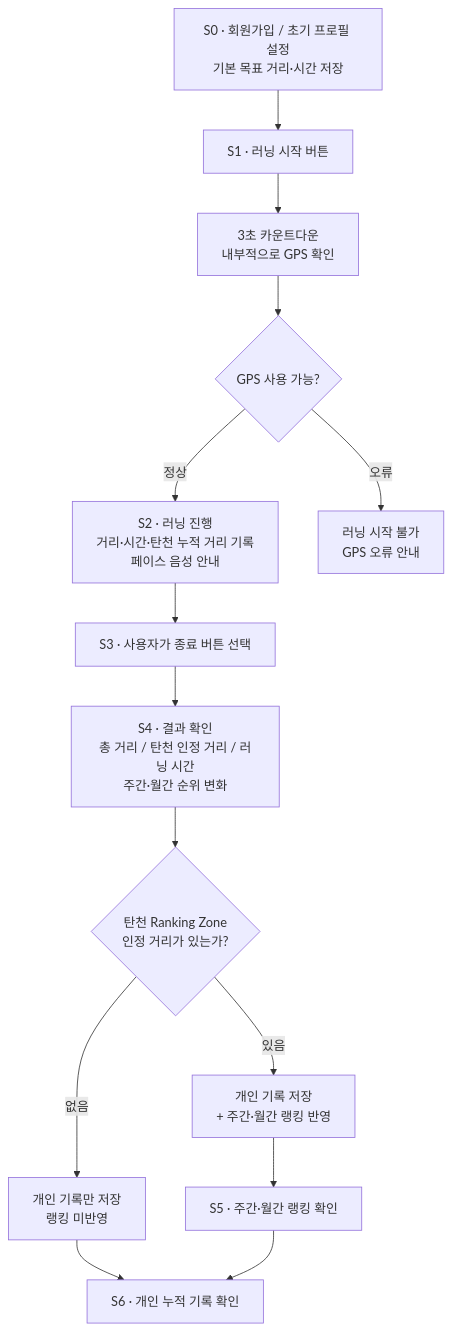
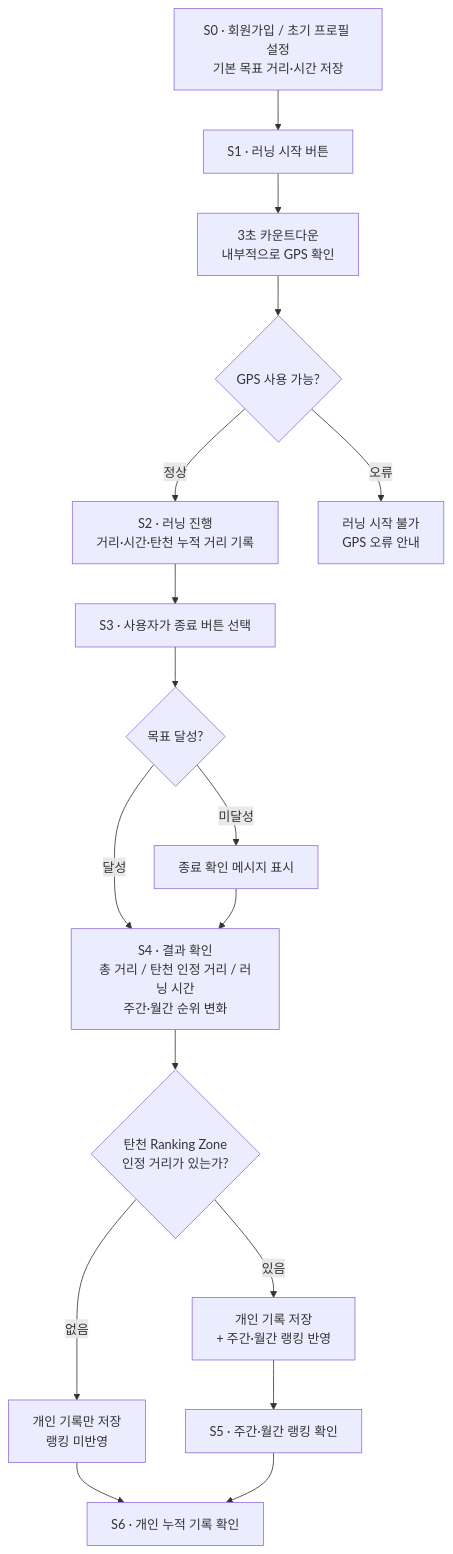
One commit to NextComm1T/project_planning_2 changed the diagram in docs/02-workflow.md. Above: the diagram before and after it, drawn with Mermaid. The commit also changed other lines of this file and 4 other files, not shown here.

````diff
--- a/docs/02-workflow.md
+++ b/docs/02-workflow.md
@@ -34,26 +37,28 @@
 ```mermaid
 flowchart TD
     S0["S0 · 회원가입 / 초기 프로필 설정<br/>기본 목표 거리·시간 저장"]
     --> S1["S1 · 러닝 시작 버튼"]
 
     S1 --> C["3초 카운트다운<br/>내부적으로 GPS 확인"]
 
     C --> G{"GPS 사용 가능?"}
 
-    G -->|정상| S2["S2 · 러닝 진행<br/>거리·시간·탄천 누적 거리 기록<br/>페이스 음성 안내"]
+    G -->|정상| S2["S2 · 러닝 진행<br/>거리·시간·탄천 누적 거리 기록"]
     G -->|오류| E["러닝 시작 불가<br/>GPS 오류 안내"]
 
     S2 --> S3["S3 · 사용자가 종료 버튼 선택"]
 
-    S3 --> S4["S4 · 결과 확인<br/>총 거리 / 탄천 인정 거리 / 러닝 시간<br/>주간·월간 순위 변화"]
+    S3 --> GOAL{"목표 달성?"}
+    GOAL -->|달성| S4["S4 · 결과 확인<br/>총 거리 / 탄천 인정 거리 / 러닝 시간<br/>주간·월간 순위 변화"]
+    GOAL -->|미달성| CONFIRM["종료 확인 메시지 표시"] --> S4
 
     S4 --> R{"탄천 Ranking Zone<br/>인정 거리가 있는가?"}
 
     R -->|있음| R1["개인 기록 저장<br/>+ 주간·월간 랭킹 반영"]
     R -->|없음| R2["개인 기록만 저장<br/>랭킹 미반영"]
 
     R1 --> S5["S5 · 주간·월간 랭킹 확인"]
     R2 --> S6["S6 · 개인 누적 기록 확인"]
 
     S5 --> S6
 ```
````
